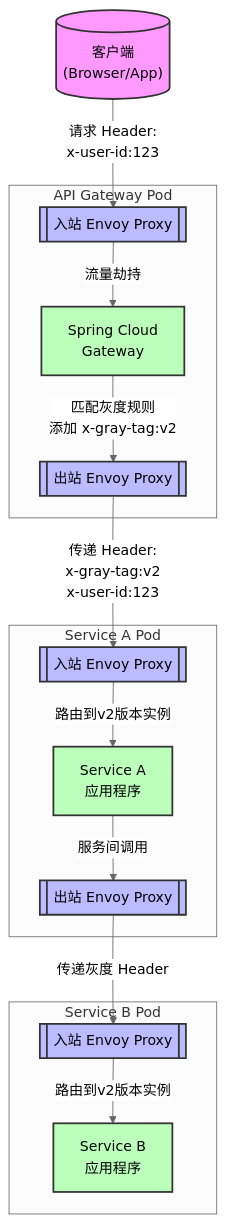
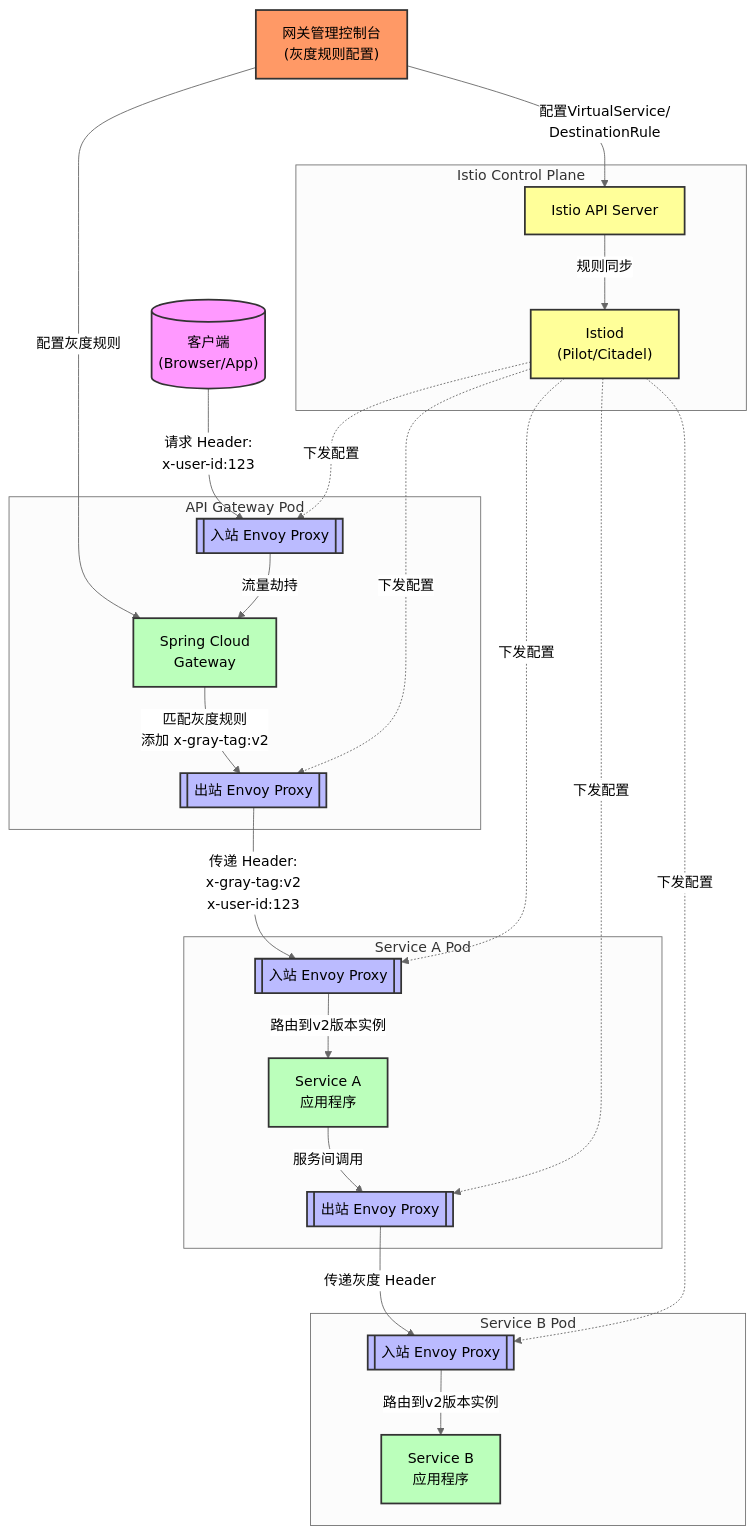
Before and after one commit to Jholly2008/configs: the diagram in 网关网格报告/灰度链路.md, drawn with Mermaid (neutral theme).

````diff
--- a/网关网格报告/灰度链路.md
+++ b/网关网格报告/灰度链路.md
@@ -1,56 +1,78 @@
 ```mermaid
 
 flowchart TD
-    %% 客户端
-    client[("客户端<br>(Browser/App)")]
-    
-    %% 网关层
-    subgraph "API Gateway Pod"
-        gw["Spring Cloud<br>Gateway"]
-        gw_envoy_in[["入站 Envoy Proxy"]]
-        gw_envoy_out[["出站 Envoy Proxy"]]
-    end
-    
-    %% Service A
-    subgraph "Service A Pod"
-        svc_a["Service A<br>应用程序"]
-        svc_a_envoy_in[["入站 Envoy Proxy"]]
-        svc_a_envoy_out[["出站 Envoy Proxy"]]
-    end
-    
-    %% Service B
-    subgraph "Service B Pod"
-        svc_b["Service B<br>应用程序"]
-        svc_b_envoy_in[["入站 Envoy Proxy"]]
-    end
+   %% 管理端
+   admin["网关管理控制台<br>(灰度规则配置)"]
+   
+   %% Istio控制平面
+   subgraph "Istio Control Plane"
+       istiod["Istiod<br>(Pilot/Citadel)"]
+       istio_api["Istio API Server"]
+   end
+   
+   %% 客户端
+   client[("客户端<br>(Browser/App)")]
+   
+   %% 网关层
+   subgraph "API Gateway Pod"
+       gw["Spring Cloud<br>Gateway"]
+       gw_envoy_in[["入站 Envoy Proxy"]]
+       gw_envoy_out[["出站 Envoy Proxy"]]
+   end
+   
+   %% Service A
+   subgraph "Service A Pod"
+       svc_a["Service A<br>应用程序"]
+       svc_a_envoy_in[["入站 Envoy Proxy"]]
+       svc_a_envoy_out[["出站 Envoy Proxy"]]
+   end
+   
+   %% Service B
+   subgraph "Service B Pod"
+       svc_b["Service B<br>应用程序"]
+       svc_b_envoy_in[["入站 Envoy Proxy"]]
+   end
 
-    %% 流量路径 - 修复连线内容格式
-    client --> |"请求 Header:<br>x-user-id:123"| gw_envoy_in
-    gw_envoy_in --> |"流量劫持"| gw
-    
-    gw --> |"匹配灰度规则<br>添加 x-gray-tag:v2"| gw_envoy_out
-    
-    gw_envoy_out --> |"传递 Header:<br>x-gray-tag:v2<br>x-user-id:123"| svc_a_envoy_in
-    
-    svc_a_envoy_in --> |"路由到v2版本实例"| svc_a
-    
-    svc_a --> |"服务间调用"| svc_a_envoy_out
-    
-    svc_a_envoy_out --> |"传递灰度 Header"| svc_b_envoy_in
-    
-    svc_b_envoy_in --> |"路由到v2版本实例"| svc_b
+   %% 控制面配置流
+   admin -->|"配置灰度规则"| gw
+   admin -->|"配置VirtualService/<br>DestinationRule"| istio_api
+   istio_api -->|"规则同步"| istiod
+   istiod -.->|"下发配置"| gw_envoy_in
+   istiod -.->|"下发配置"| gw_envoy_out
+   istiod -.->|"下发配置"| svc_a_envoy_in
+   istiod -.->|"下发配置"| svc_a_envoy_out
+   istiod -.->|"下发配置"| svc_b_envoy_in
 
-    %% 样式设置
-    style client fill:#f9f,stroke:#333,stroke-width:2px
-    style gw fill:#bfb,stroke:#333,stroke-width:2px
-    style svc_a fill:#bfb,stroke:#333,stroke-width:2px
-    style svc_b fill:#bfb,stroke:#333,stroke-width:2px
-    
-    %% Envoy代理样式
-    style gw_envoy_in fill:#bbf,stroke:#333,stroke-width:2px
-    style gw_envoy_out fill:#bbf,stroke:#333,stroke-width:2px
-    style svc_a_envoy_in fill:#bbf,stroke:#333,stroke-width:2px
-    style svc_a_envoy_out fill:#bbf,stroke:#333,stroke-width:2px
-    style svc_b_envoy_in fill:#bbf,stroke:#333,stroke-width:2px
+   %% 数据面流量路径
+   client -->|"请求 Header:<br>x-user-id:123"| gw_envoy_in
+   gw_envoy_in -->|"流量劫持"| gw
+   
+   gw -->|"匹配灰度规则<br>添加 x-gray-tag:v2"| gw_envoy_out
+   
+   gw_envoy_out -->|"传递 Header:<br>x-gray-tag:v2<br>x-user-id:123"| svc_a_envoy_in
+   
+   svc_a_envoy_in -->|"路由到v2版本实例"| svc_a
+   
+   svc_a -->|"服务间调用"| svc_a_envoy_out
+   
+   svc_a_envoy_out -->|"传递灰度 Header"| svc_b_envoy_in
+   
+   svc_b_envoy_in -->|"路由到v2版本实例"| svc_b
+
+   %% 样式设置
+   style client fill:#f9f,stroke:#333,stroke-width:2px
+   style admin fill:#f96,stroke:#333,stroke-width:2px
+   style gw fill:#bfb,stroke:#333,stroke-width:2px
+   style svc_a fill:#bfb,stroke:#333,stroke-width:2px
+   style svc_b fill:#bfb,stroke:#333,stroke-width:2px
+   style istiod fill:#ff9,stroke:#333,stroke-width:2px
+   style istio_api fill:#ff9,stroke:#333,stroke-width:2px
+   
+   %% Envoy代理样式
+   style gw_envoy_in fill:#bbf,stroke:#333,stroke-width:2px
+   style gw_envoy_out fill:#bbf,stroke:#333,stroke-width:2px
+   style svc_a_envoy_in fill:#bbf,stroke:#333,stroke-width:2px
+   style svc_a_envoy_out fill:#bbf,stroke:#333,stroke-width:2px
+   style svc_b_envoy_in fill:#bbf,stroke:#333,stroke-width:2px
 
 ```
````
